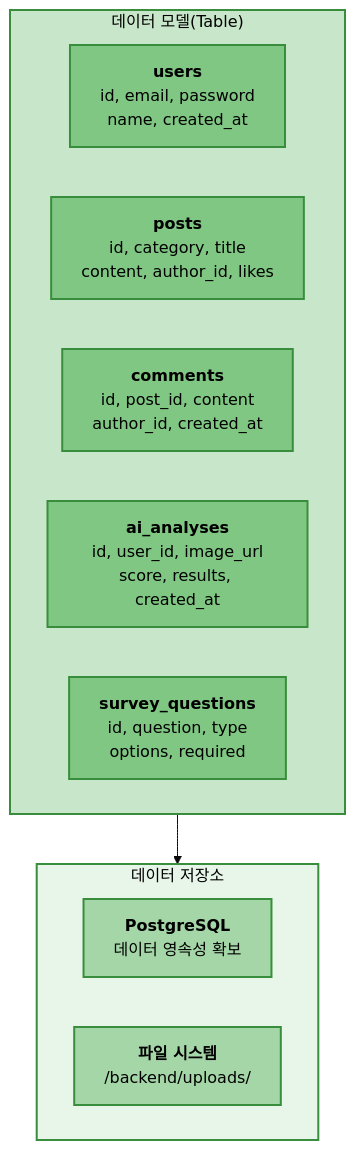
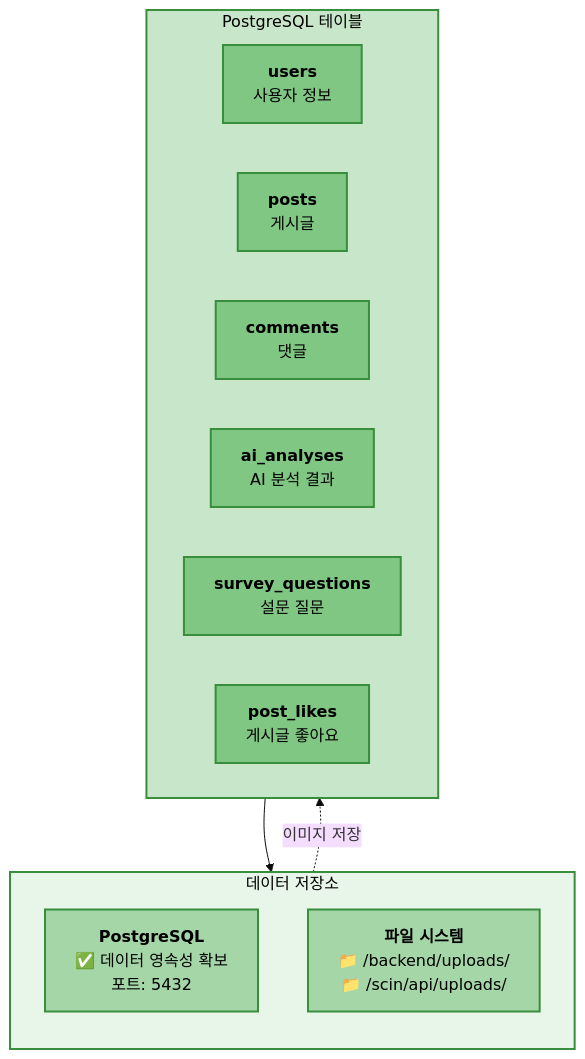
Before and after one commit to kyoe-23/DeepLearning_project: the sixth of 12 diagrams in Architecture.md, drawn with Mermaid (base theme). The commit also changed other lines of this file, not shown here.

````diff
--- a/Architecture.md
+++ b/Architecture.md
@@ -127,29 +278,32 @@
 ```mermaid
 graph TB
     subgraph STORAGE["데이터 저장소"]
-        direction LR
-        POSTGRES["<b>PostgreSQL</b><br/> 데이터 영속성 확보"]
-        FILES["<b>파일 시스템</b><br/>/backend/uploads/"]
+        direction TB
+        POSTGRES["<b>PostgreSQL</b><br/>✅ 데이터 영속성 확보<br/>포트: 5432"]
+        FILES["<b>파일 시스템</b><br/>📁 /backend/uploads/<br/>📁 /scin/api/uploads/"]
     end
 
-    subgraph MODELS["데이터 모델(Table)"]
+    subgraph TABLES["PostgreSQL 테이블"]
         direction LR
-        USERS["<b>users</b><br/>id, email, password<br/>name, created_at"]
-        POSTS["<b>posts</b><br/>id, category, title<br/>content, author_id, likes"]
-        COMMENTS["<b>comments</b><br/>id, post_id, content<br/>author_id, created_at"]
-        ANALYSES["<b>ai_analyses</b><br/>id, user_id, image_url<br/>score, results, created_at"]
-        SURVEYS["<b>survey_questions</b><br/>id, question, type<br/>options, required"]
+        USERS["<b>users</b><br/>사용자 정보"]
+        POSTS["<b>posts</b><br/>게시글"]
+        COMMENTS["<b>comments</b><br/>댓글"]
+        ANALYSES["<b>ai_analyses</b><br/>AI 분석 결과"]
+        SURVEYS["<b>survey_questions</b><br/>설문 질문"]
+        LIKES["<b>post_likes</b><br/>게시글 좋아요"]
     end
 
-    MODELS --> STORAGE
+    TABLES --> POSTGRES
+    FILES -.->|"이미지 저장"| ANALYSES
 
     style STORAGE fill:#E8F5E9,stroke:#388E3C,stroke-width:2px,color:#000
-    style MODELS fill:#C8E6C9,stroke:#388E3C,stroke-width:2px,color:#000
+    style TABLES fill:#C8E6C9,stroke:#388E3C,stroke-width:2px,color:#000
     style POSTGRES fill:#A5D6A7,stroke:#388E3C,stroke-width:2px,color:#000
     style FILES fill:#A5D6A7,stroke:#388E3C,stroke-width:2px,color:#000
     style USERS fill:#81C784,stroke:#388E3C,stroke-width:2px,color:#000
     style POSTS fill:#81C784,stroke:#388E3C,stroke-width:2px,color:#000
     style COMMENTS fill:#81C784,stroke:#388E3C,stroke-width:2px,color:#000
     style ANALYSES fill:#81C784,stroke:#388E3C,stroke-width:2px,color:#000
     style SURVEYS fill:#81C784,stroke:#388E3C,stroke-width:2px,color:#000
+    style LIKES fill:#81C784,stroke:#388E3C,stroke-width:2px,color:#000
 ```
````
